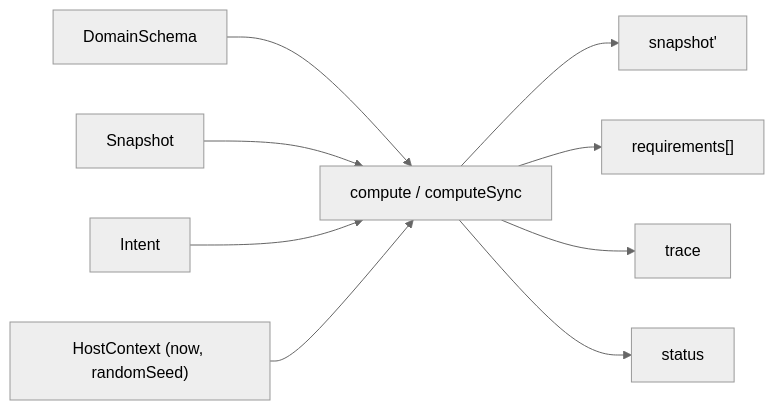
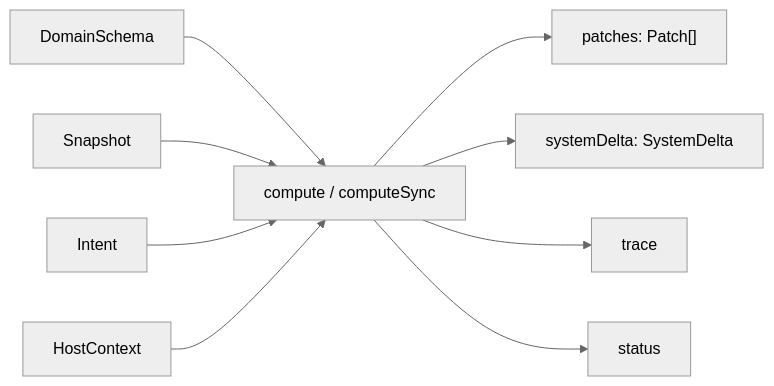
One commit to manifesto-ai/core changed the diagram in docs/api/core.md. Above: the diagram before and after it, drawn with Mermaid (neutral theme). The commit also changed other lines of this file and 116 other files, not shown here.

````diff
--- a/docs/api/core.md
+++ b/docs/api/core.md
@@ -25,12 +26,12 @@
 ```mermaid
 flowchart LR
   S["DomainSchema"] --> C["compute / computeSync"]
   SN["Snapshot"] --> C
   I["Intent"] --> C
-  HC["HostContext (now, randomSeed)"] --> C
+  HC["HostContext"] --> C
 
-  C --> RS["snapshot'"]
-  C --> RR["requirements[]"]
-  C --> RT["trace"]
+  C --> P["patches: Patch[]"]
+  C --> SD["systemDelta: SystemDelta"]
+  C --> T["trace"]
   C --> ST["status"]
 ```
````
